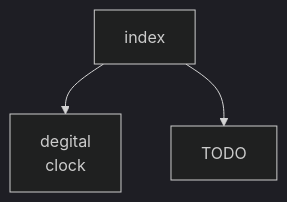
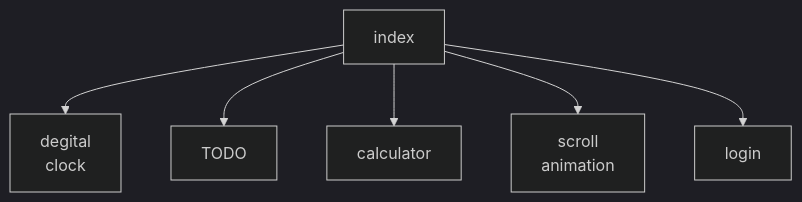
Before and after one commit to KP-KAZUMA/EXperimental: the diagram in README.md, drawn with Mermaid (dark theme).

````diff
--- a/README.md
+++ b/README.md
@@ -5,7 +5,10 @@
 ```mermaid
   graph TD;
   A["index"]
   B["degital<br>clock"]
   C["TODO"]
-      A-->B & C;
+  D["calculator"]
+  E["scroll<br>animation"]
+  F["login"]
+      A-->B & C & D & E & F;
 ```
````
